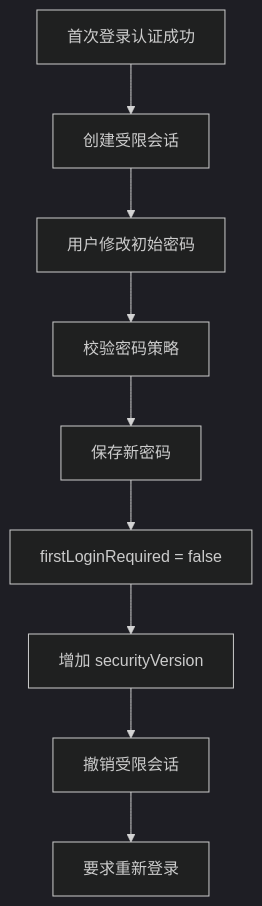
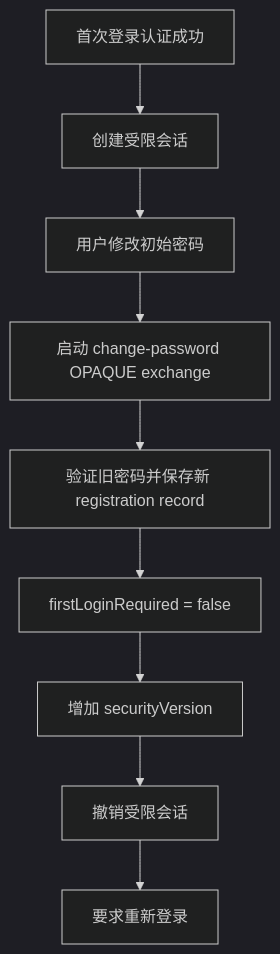
Before and after one commit to wangweihong/omnimam-spec: the fourth of 10 diagrams in 00_product/domains/identity/product-spec.md, drawn with Mermaid (dark theme). The commit also changed other lines of this file and 5 other files, not shown here.

Commit message:
feat(identity): define opaque password authentication

````diff
--- a/00_product/domains/identity/product-spec.md
+++ b/00_product/domains/identity/product-spec.md
@@ -803,11 +801,11 @@
 ```mermaid
 flowchart TD
     A["首次登录认证成功"] --> B["创建受限会话"]
     B --> C["用户修改初始密码"]
-    C --> D["校验密码策略"]
-    D --> E["保存新密码"]
+    C --> D["启动 change-password OPAQUE exchange"]
+    D --> E["验证旧密码并保存新 registration record"]
     E --> F["firstLoginRequired = false"]
     F --> G["增加 securityVersion"]
     G --> H["撤销受限会话"]
     H --> I["要求重新登录"]
 ```
````
